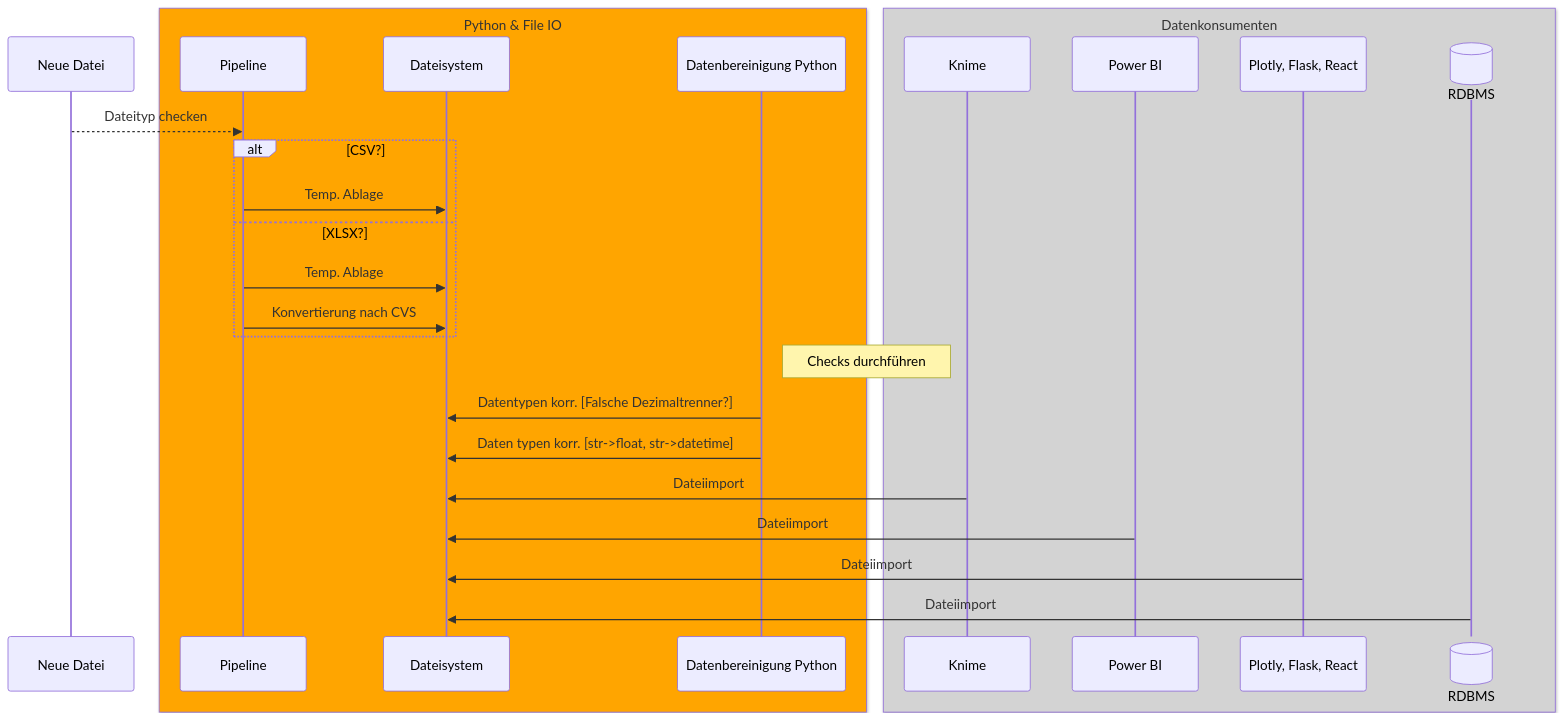
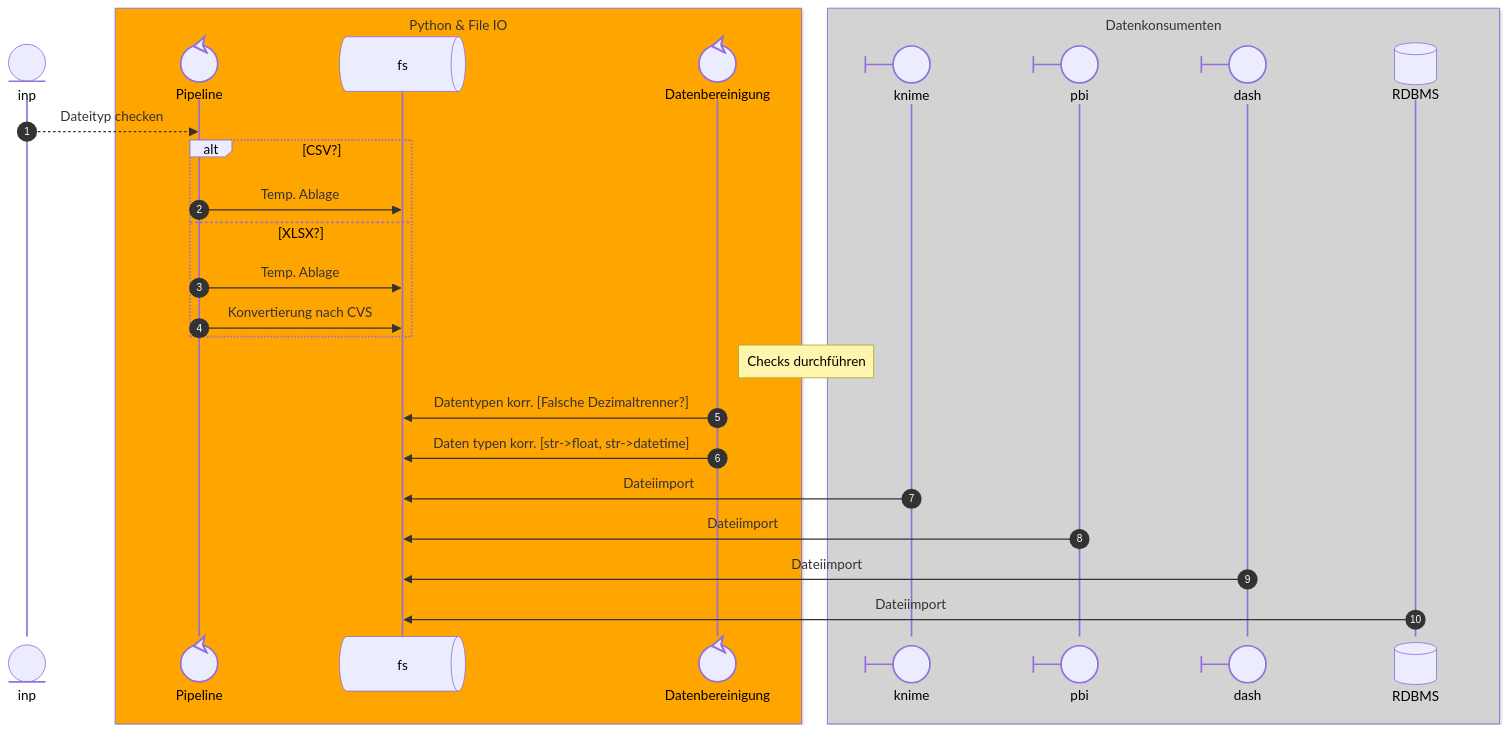
The diagram in Documentation/Data_Quality.md (nevsglueckauf/wq), drawn with Mermaid before and after one commit. The commit also changed other lines of this file, not shown here.

Commit message:
Dokumentation zur Datenbereinigung

````diff
--- a/Documentation/Data_Quality.md
+++ b/Documentation/Data_Quality.md
@@ -7,37 +7,38 @@
 ```mermaid
 sequenceDiagram
-    participant inp as Neue Datei
+    autonumber
+    participant inp@{ "type" : "entity" }
     box ORANGE  Python &  File IO
-    participant pipe as Pipeline
-    participant fs as Dateisystem
-    participant sanitizer as Datenbereinigung Python
+    participant Pipeline@{ "type" : "control" }
+    participant fs@{ "type" : "queue" }
+    participant Datenbereinigung@{ "type" : "control" }
     end 
 
     box lightgray  Datenkonsumenten
-    participant knime as Knime
-    participant pbi as Power BI
-    participant dash as Plotly, Flask, React
+    participant knime@{ "type" : "boundary" }
+    participant pbi@{ "type" : "boundary" }
+    participant dash@{ "type" : "boundary" }
     participant RDBMS@{ "type" : "database" }
     end 
 
-    inp-->>pipe: Dateityp checken
+    inp-->>Pipeline: Dateityp checken
      alt CSV?
-            pipe->>fs: Temp. Ablage
+            Pipeline->>fs: Temp. Ablage
      else XLSX?
-            pipe->>fs: Temp. Ablage
-            pipe->>fs: Konvertierung nach CVS
+            Pipeline->>fs: Temp. Ablage
+            Pipeline->>fs: Konvertierung nach CVS
     end
-    Note right of sanitizer: Checks durchführen
-    sanitizer->>fs: Datentypen korr. [Falsche Dezimaltrenner?]
-    sanitizer->>fs: Daten typen korr. [str->float, str->datetime]
+    Note right of Datenbereinigung: Checks durchführen
+    Datenbereinigung->>fs: Datentypen korr. [Falsche Dezimaltrenner?]
+    Datenbereinigung->>fs: Daten typen korr. [str->float, str->datetime]
 
     knime->>fs: Dateiimport
     pbi->>fs: Dateiimport
     dash->>fs: Dateiimport
     RDBMS->>fs: Dateiimport
     
     
 
     
 
 ```
````
